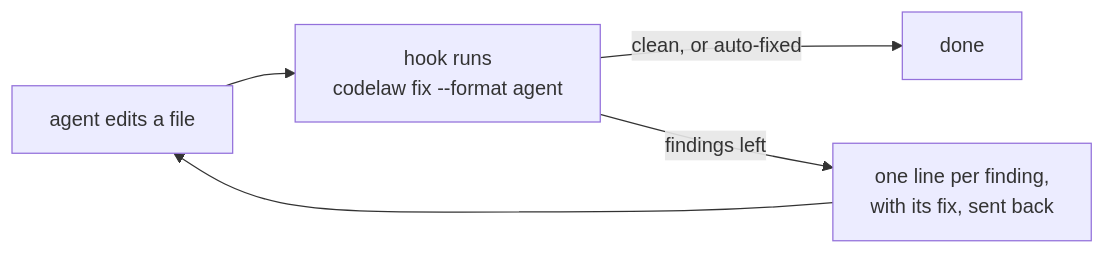
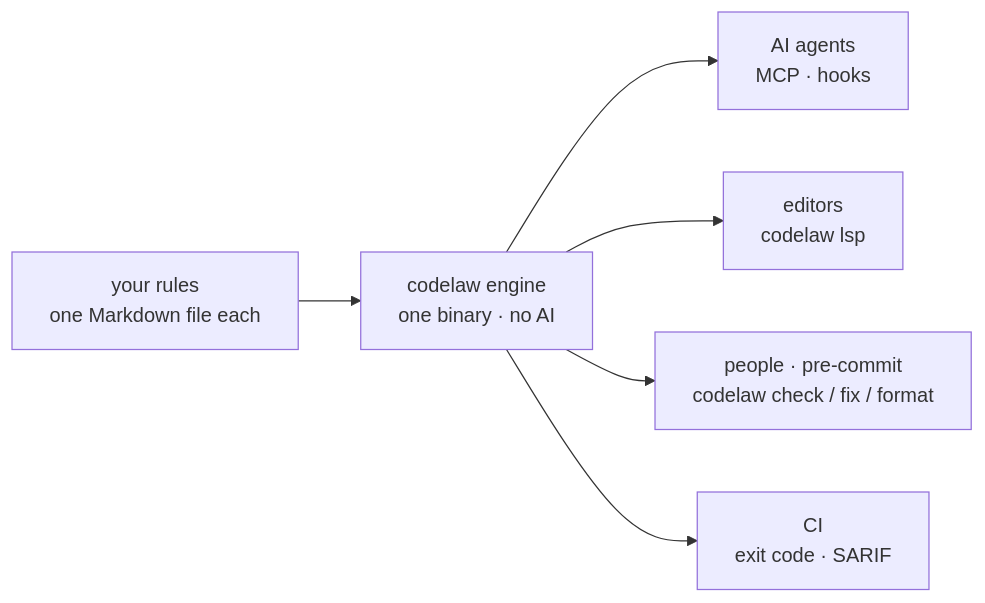
One commit to arpitarya/codelaw changed the diagram in README.md. Above: the diagram before and after it, drawn with Mermaid. The commit also changed other lines of this file and 29 other files, not shown here.

````diff
--- a/README.md
+++ b/README.md
@@ -330,7 +51,8 @@
 ```mermaid
 flowchart LR
-    A["agent edits a file"] --> H["hook runs<br/>codelaw fix --format agent"]
-    H -->|"clean, or auto-fixed"| D["done"]
-    H -->|"findings left"| F["one line per finding,<br/>with its fix, sent back"]
-    F --> A
+    R["your rules<br/>one Markdown file each"] --> E["codelaw engine<br/>one binary · no AI"]
+    E --> A["AI agents<br/>MCP · hooks"]
+    E --> D["editors<br/>codelaw lsp"]
+    E --> P["people · pre-commit<br/>codelaw check / fix / format"]
+    E --> C["CI<br/>exit code · SARIF"]
 ```
````
